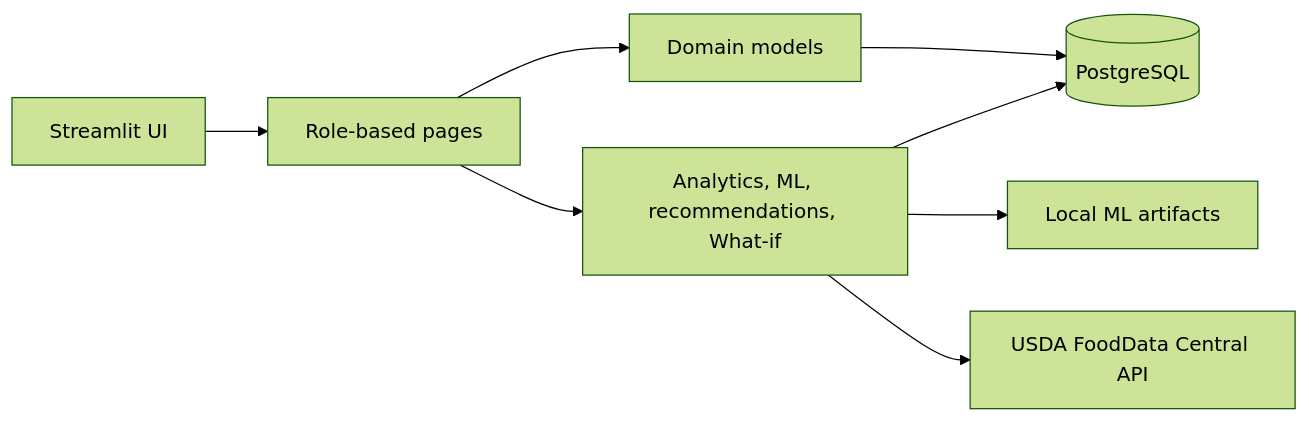
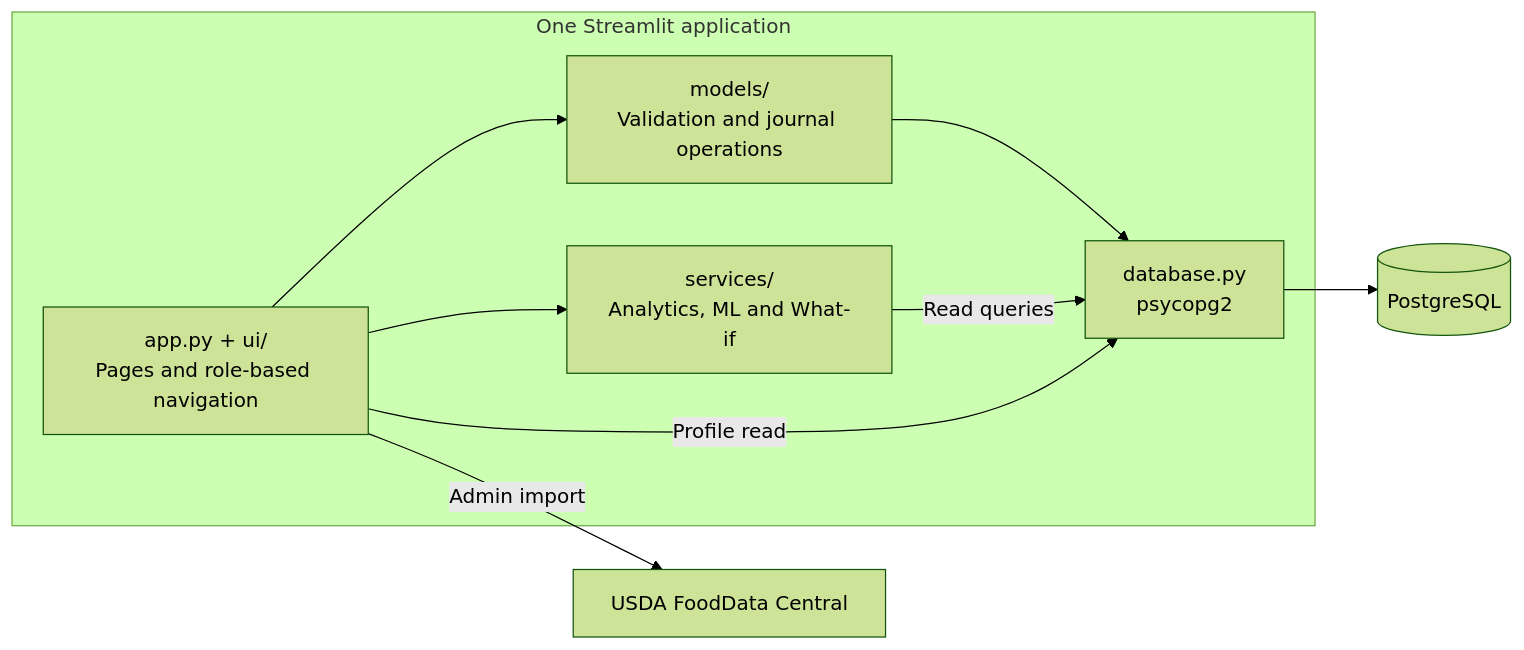
Before and after one commit to stefan1condeescu/MacroSense: the diagram in README.md, drawn with Mermaid (forest theme). The commit also changed other lines of this file and 2 other files, not shown here.

Commit message:
Polish README architecture and project documentation

````diff
--- a/README.md
+++ b/README.md
@@ -24,10 +49,12 @@
 ```mermaid
 flowchart LR
-    UI["Streamlit UI"] --> Pages["Role-based pages"]
-    Pages --> Models["Domain models"]
-    Pages --> Services["Analytics, ML, recommendations, What-if"]
-    Models --> DB[(PostgreSQL)]
-    Services --> DB
-    Services --> Artifacts["Local ML artifacts"]
-    Services --> USDA["USDA FoodData Central API"]
+    subgraph App["One Streamlit application"]
+        UI["app.py + ui/<br/>Pages and role-based navigation"] --> Models["models/<br/>Validation and journal operations"]
+        UI --> Services["services/<br/>Analytics, ML and What-if"]
+        Models --> Connection["database.py<br/>psycopg2"]
+        Services -->|Read queries| Connection
+        UI -->|Profile read| Connection
+    end
+    Connection --> DB[(PostgreSQL)]
+    UI -->|Admin import| USDA["USDA FoodData Central"]
 ```
````
